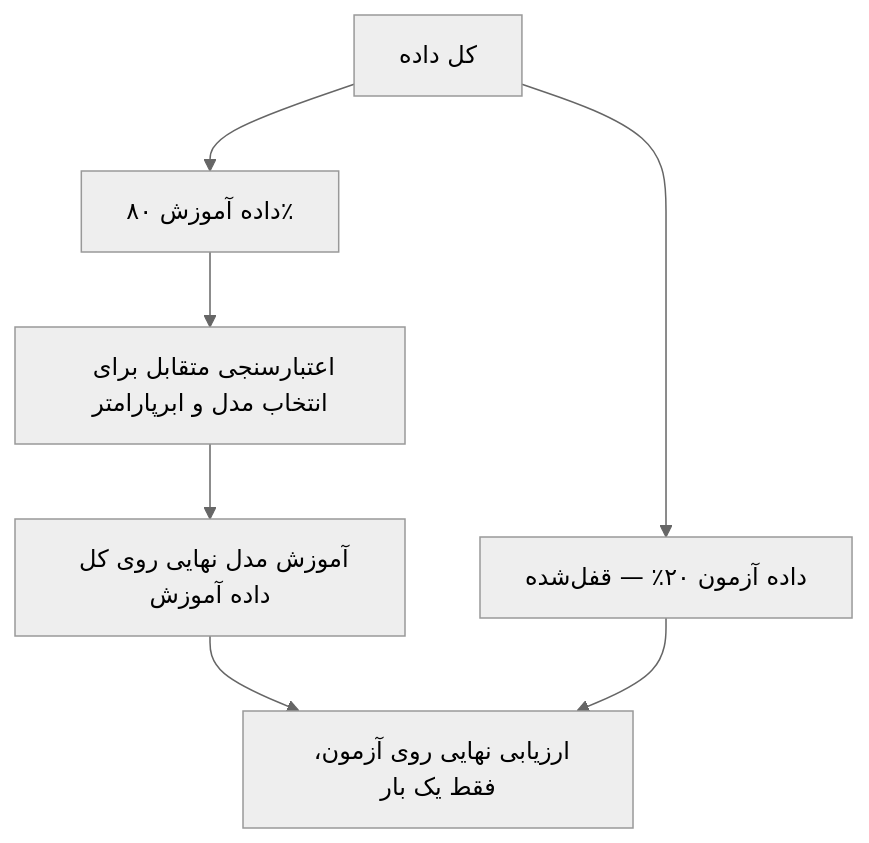
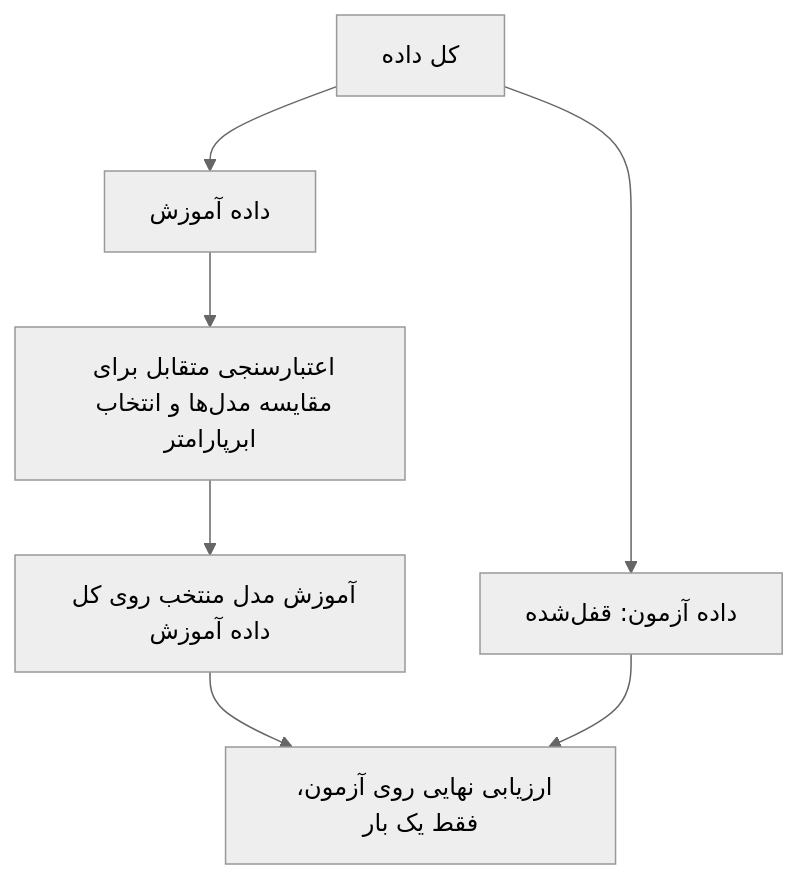
Before and after one commit to haghbinh/DM_Course: the second of 3 diagrams in Part 4_Regression/18 - بیش‌برازش و اعتبارسنجی متقابل.md, drawn with Mermaid (neutral theme). The commit also changed other lines of this file and 6 other files, not shown here.

````diff
--- a/Part 4_Regression/18 - بیش‌برازش و اعتبارسنجی متقابل.md
+++ b/Part 4_Regression/18 - بیش‌برازش و اعتبارسنجی متقابل.md
@@ -299,9 +168,9 @@
 ```mermaid
 flowchart TD
-    A["کل داده"] --> B["داده آموزش ۸۰٪"]
-    A --> C["داده آزمون ۲۰٪ — قفل‌شده"]
-    B --> D["اعتبارسنجی متقابل برای انتخاب مدل و ابرپارامتر"]
-    D --> E["آموزش مدل نهایی روی کل داده آموزش"]
+    A["کل داده"] --> B["داده آموزش"]
+    A --> C["داده آزمون: قفل‌شده"]
+    B --> D["اعتبارسنجی متقابل برای مقایسه مدل‌ها و انتخاب ابرپارامتر"]
+    D --> E["آموزش مدل منتخب روی کل داده آموزش"]
     E --> F["ارزیابی نهایی روی آزمون، فقط یک بار"]
     C --> F
 ```
````
